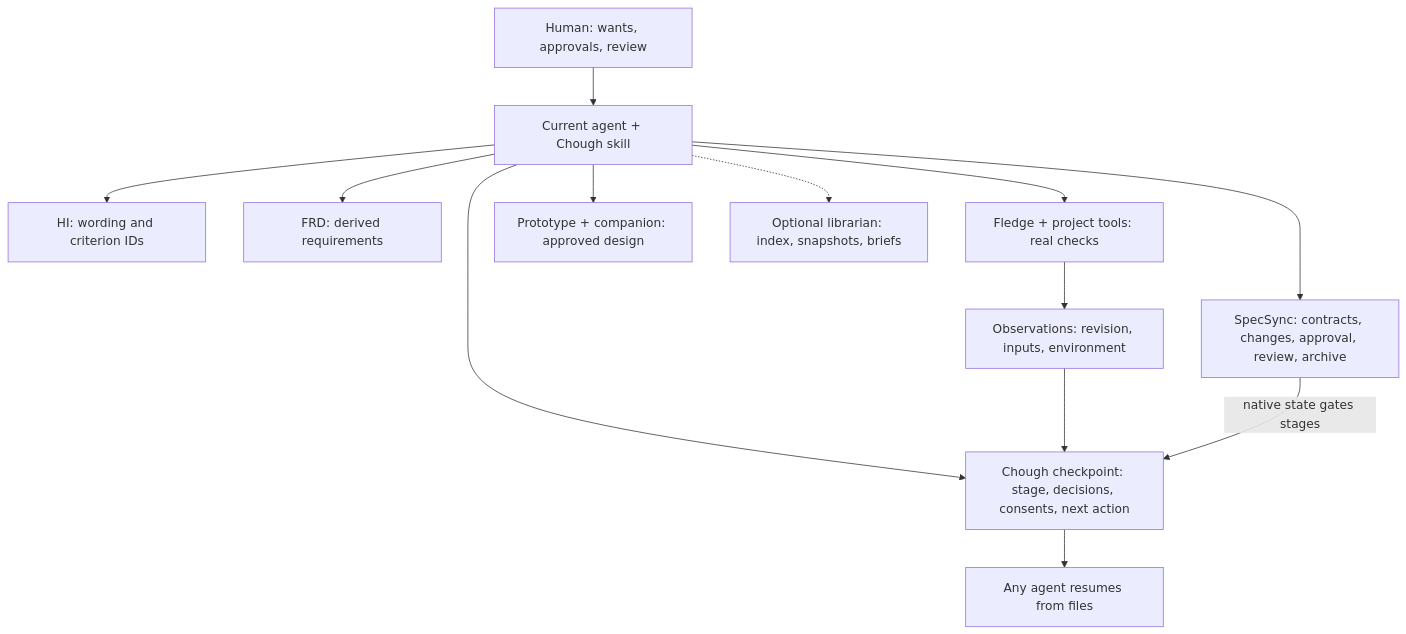
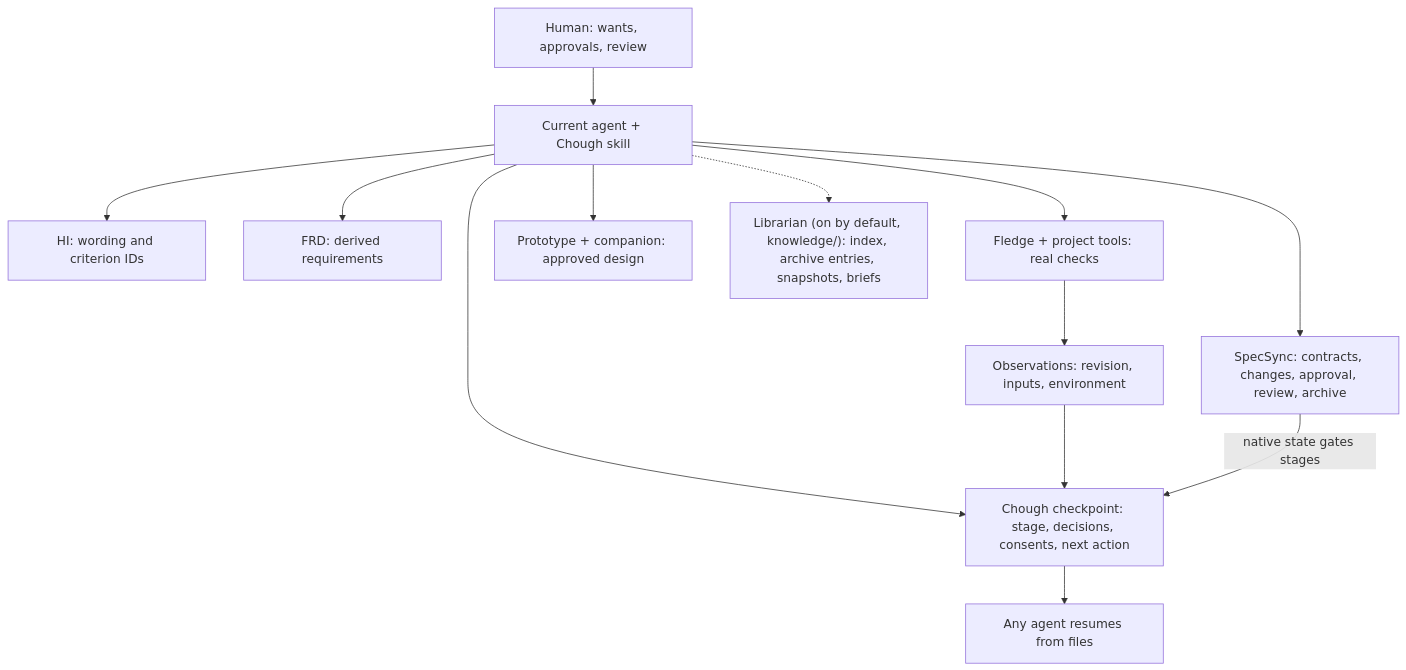
One commit to CorvidLabs/chough changed the first of 2 diagrams in docs/architecture.md. Above: the diagram before and after it, drawn with Mermaid. The commit also changed other lines of this file and 54 other files, not shown here.

First line of the commit message:
feat(knowledge): librarian on by default in knowledge/, archive entries, lessons index and post-archive summary

````diff
--- a/docs/architecture.md
+++ b/docs/architecture.md
@@ -11,15 +11,15 @@
 ```mermaid
 flowchart TB
     human["Human: wants, approvals, review"] --> agent["Current agent + Chough skill"]
     agent --> hi["HI: wording and criterion IDs"]
     agent --> frd["FRD: derived requirements"]
     agent --> spec["SpecSync: contracts, changes, approval, review, archive"]
     agent --> fledge["Fledge + project tools: real checks"]
     agent --> proto["Prototype + companion: approved design"]
     agent --> chough["Chough checkpoint: stage, decisions, consents, next action"]
-    agent -.-> library["Optional librarian: index, snapshots, briefs"]
+    agent -.-> library["Librarian (on by default, knowledge/): index, archive entries, snapshots, briefs"]
     fledge --> evidence["Observations: revision, inputs, environment"]
     evidence --> chough
     spec -->|"native state gates stages"| chough
     chough --> resume["Any agent resumes from files"]
 ```
````
